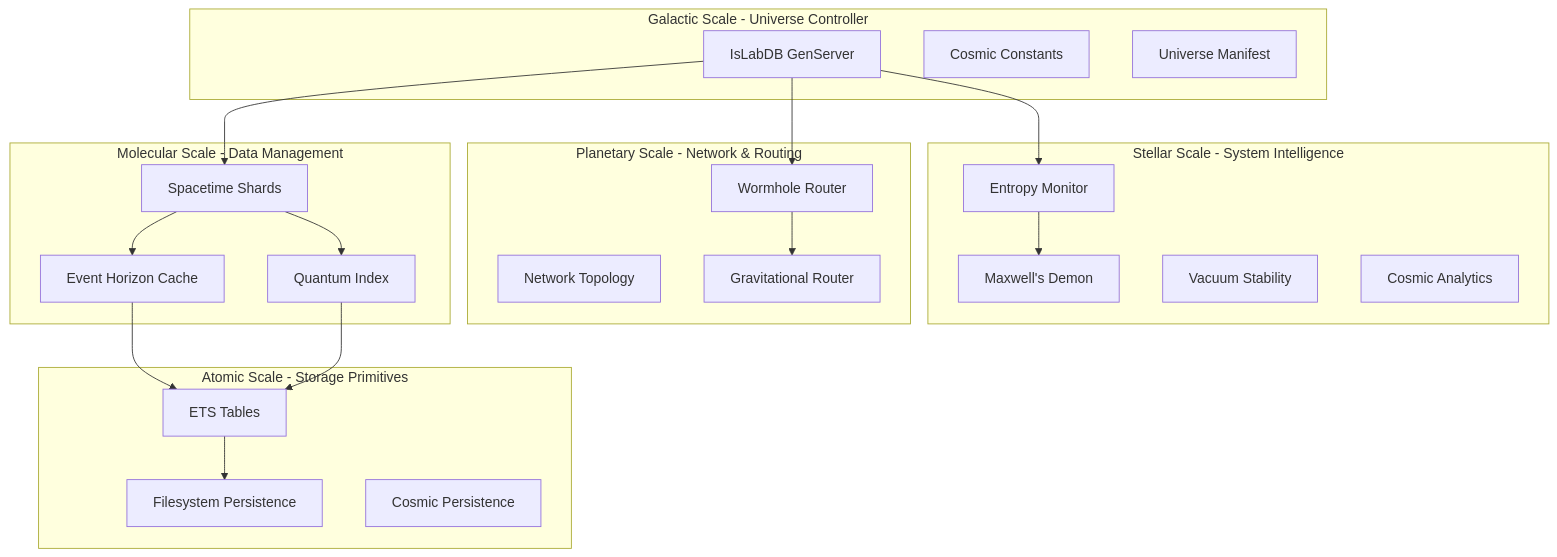
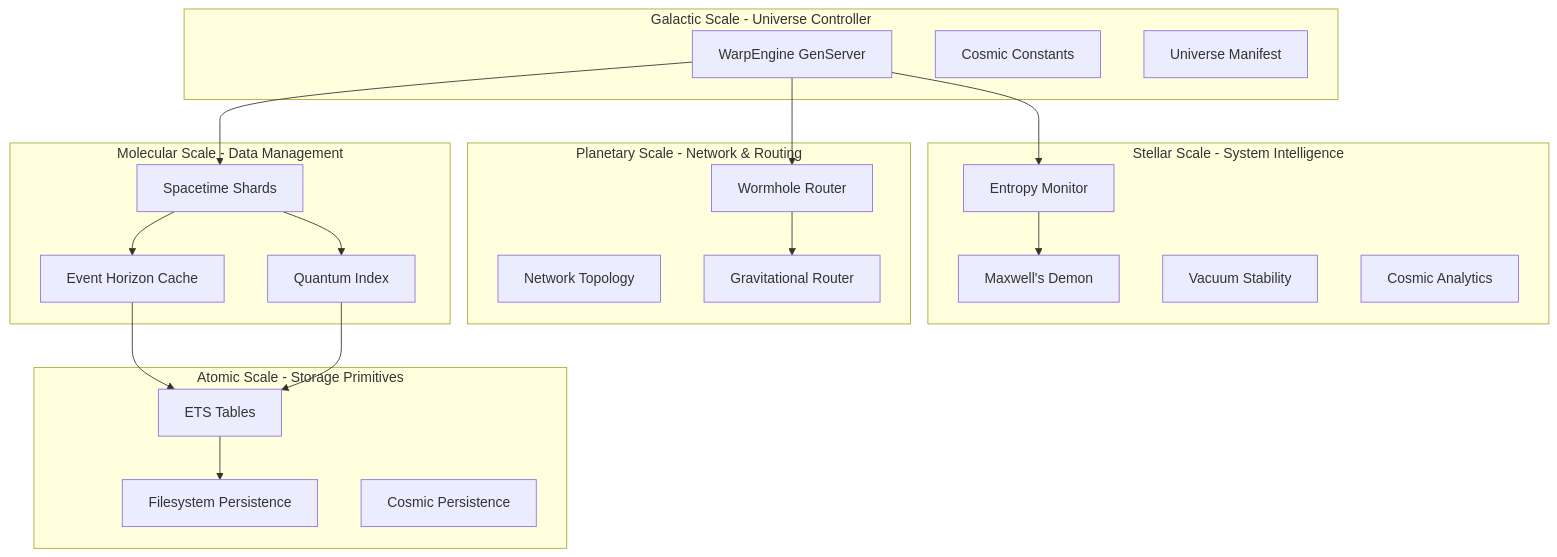
Before and after one commit to c-u-l8er/warp-engine: the diagram in docs/system-architecture-specification.md, drawn with Mermaid. The commit also changed other lines of this file and 132 other files, not shown here.

Commit message:
WarpEngine readme

````diff
--- a/docs/system-architecture-specification.md
+++ b/docs/system-architecture-specification.md
@@ -57,44 +57,44 @@
 ```mermaid
 graph TB
     subgraph "Galactic Scale - Universe Controller"
-        IsLabDB[IsLabDB GenServer]
+        WarpEngine[WarpEngine GenServer]
         CosmicConstants[Cosmic Constants]
         UniverseManifest[Universe Manifest]
     end
     
     subgraph "Stellar Scale - System Intelligence"
         EntropyMonitor[Entropy Monitor]
         MaxwellDemon[Maxwell's Demon]
         VacuumStability[Vacuum Stability]
         CosmicAnalytics[Cosmic Analytics]
     end
     
     subgraph "Planetary Scale - Network & Routing"
         WormholeRouter[Wormhole Router]
         NetworkTopology[Network Topology]
         GravitationalRouter[Gravitational Router]
     end
     
     subgraph "Molecular Scale - Data Management"
         SpacetimeShard[Spacetime Shards]
         EventHorizonCache[Event Horizon Cache]
         QuantumIndex[Quantum Index]
     end
     
     subgraph "Atomic Scale - Storage Primitives"
         ETSTables[ETS Tables]
         FilesystemPersistence[Filesystem Persistence]
         CosmicPersistence[Cosmic Persistence]
     end
     
-    IsLabDB --> EntropyMonitor
-    IsLabDB --> WormholeRouter
-    IsLabDB --> SpacetimeShard
+    WarpEngine --> EntropyMonitor
+    WarpEngine --> WormholeRouter
+    WarpEngine --> SpacetimeShard
     EntropyMonitor --> MaxwellDemon
     WormholeRouter --> GravitationalRouter
     SpacetimeShard --> EventHorizonCache
     SpacetimeShard --> QuantumIndex
     EventHorizonCache --> ETSTables
     QuantumIndex --> ETSTables
     ETSTables --> FilesystemPersistence
 ```
````
